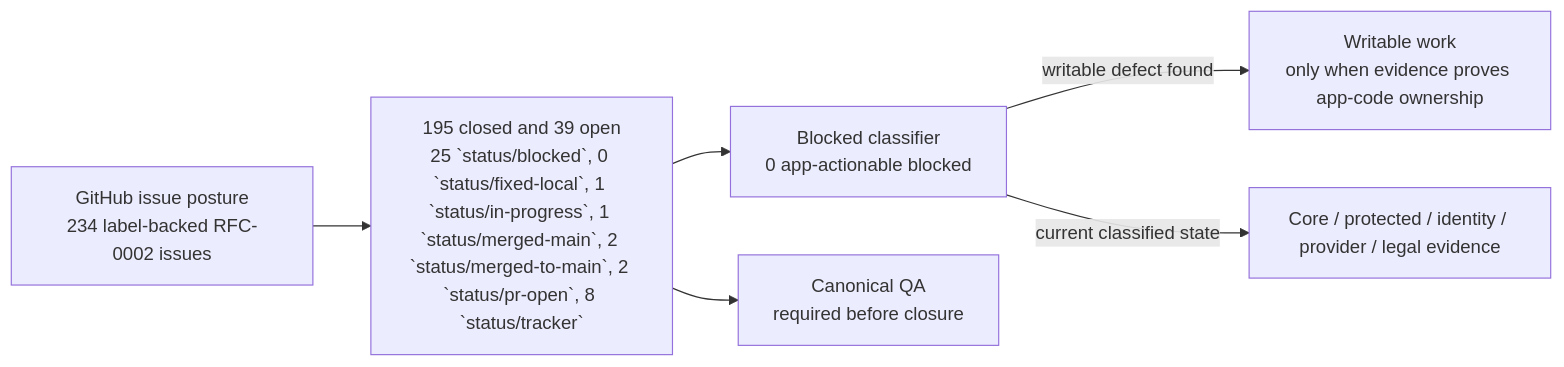
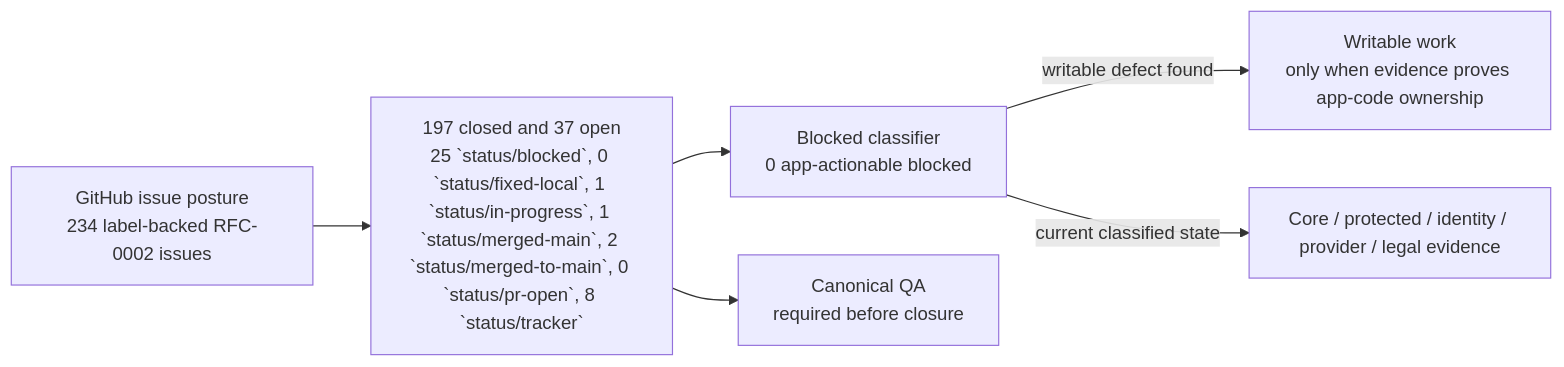
Before and after one commit to sgajbi/lotus-idea: the first of 2 diagrams in wiki/RFC-0002-Execution-Status.md, drawn with Mermaid. The commit also changed other lines of this file and 8 other files, not shown here.

````diff
--- a/wiki/RFC-0002-Execution-Status.md
+++ b/wiki/RFC-0002-Execution-Status.md
@@ -39,15 +39,15 @@
 ```mermaid
 flowchart LR
     Issues["GitHub issue posture<br/>234 label-backed RFC-0002 issues"]
-    Open["195 closed and 39 open<br/>25 `status/blocked`, 0 `status/fixed-local`, 1 `status/in-progress`, 1 `status/merged-main`, 2 `status/merged-to-main`, 2 `status/pr-open`, 8 `status/tracker`"]
+    Open["197 closed and 37 open<br/>25 `status/blocked`, 0 `status/fixed-local`, 1 `status/in-progress`, 1 `status/merged-main`, 2 `status/merged-to-main`, 0 `status/pr-open`, 8 `status/tracker`"]
     Blocked["Blocked classifier<br/>0 app-actionable blocked"]
     Work["Writable work<br/>only when evidence proves app-code ownership"]
     External["Core / protected / identity / provider / legal evidence"]
     QA["Canonical QA<br/>required before closure"]
 
     Issues --> Open
     Open --> Blocked
     Blocked -->|"writable defect found"| Work
     Blocked -->|"current classified state"| External
     Open --> QA
 ```
````
